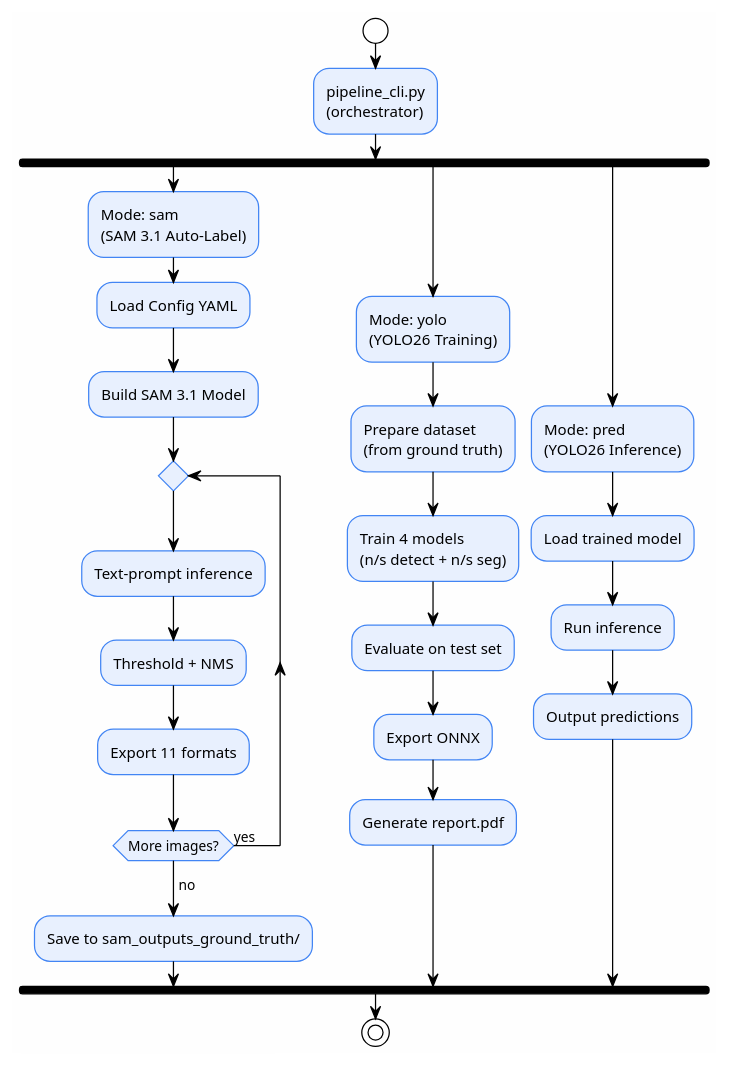
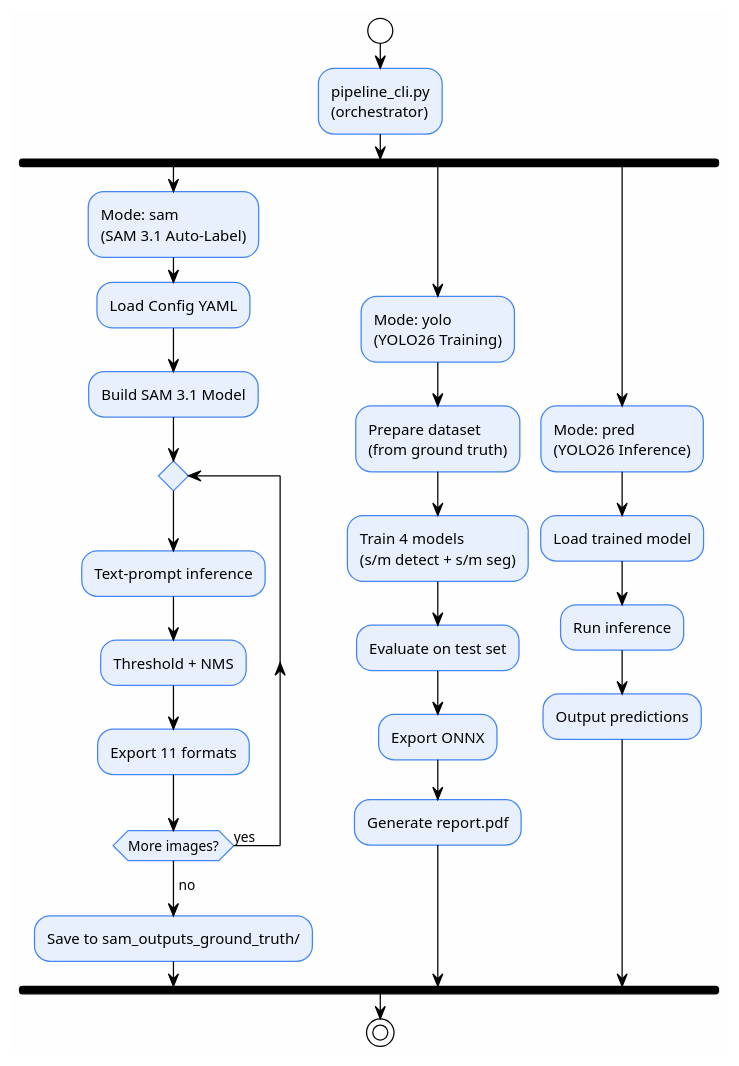
The second of 2 diagrams in docs/00-overview.md (Telotubbies/auto_label), drawn with PlantUML before and after one commit. The commit also changed other lines of this file and 255 other files, not shown here.

````diff
--- a/docs/00-overview.md
+++ b/docs/00-overview.md
@@ -125,39 +123,39 @@
 ```plantuml {align="center"}
 @startuml
 !theme plain
 skinparam linetype ortho
 skinparam backgroundColor #FEFEFE
 skinparam ActivityBackgroundColor #E8F0FE
 skinparam ActivityBorderColor #4285F4
 
 start
 :pipeline_cli.py\n(orchestrator);
 
 fork
   :Mode: sam\n(SAM 3.1 Auto-Label);
   :Load Config YAML;
   :Build SAM 3.1 Model;
   repeat
     :Text-prompt inference;
     :Threshold + NMS;
     :Export 11 formats;
   repeat while (More images?) is (yes)
   -> no;
   :Save to sam_outputs_ground_truth/;
 fork again
   :Mode: yolo\n(YOLO26 Training);
   :Prepare dataset\n(from ground truth);
-  :Train 4 models\n(n/s detect + n/s seg);
+  :Train 4 models\n(s/m detect + s/m seg);
   :Evaluate on test set;
   :Export ONNX;
   :Generate report.pdf;
 fork again
   :Mode: pred\n(YOLO26 Inference);
   :Load trained model;
   :Run inference;
   :Output predictions;
 end fork
 
 stop
 @enduml
 ```
````
